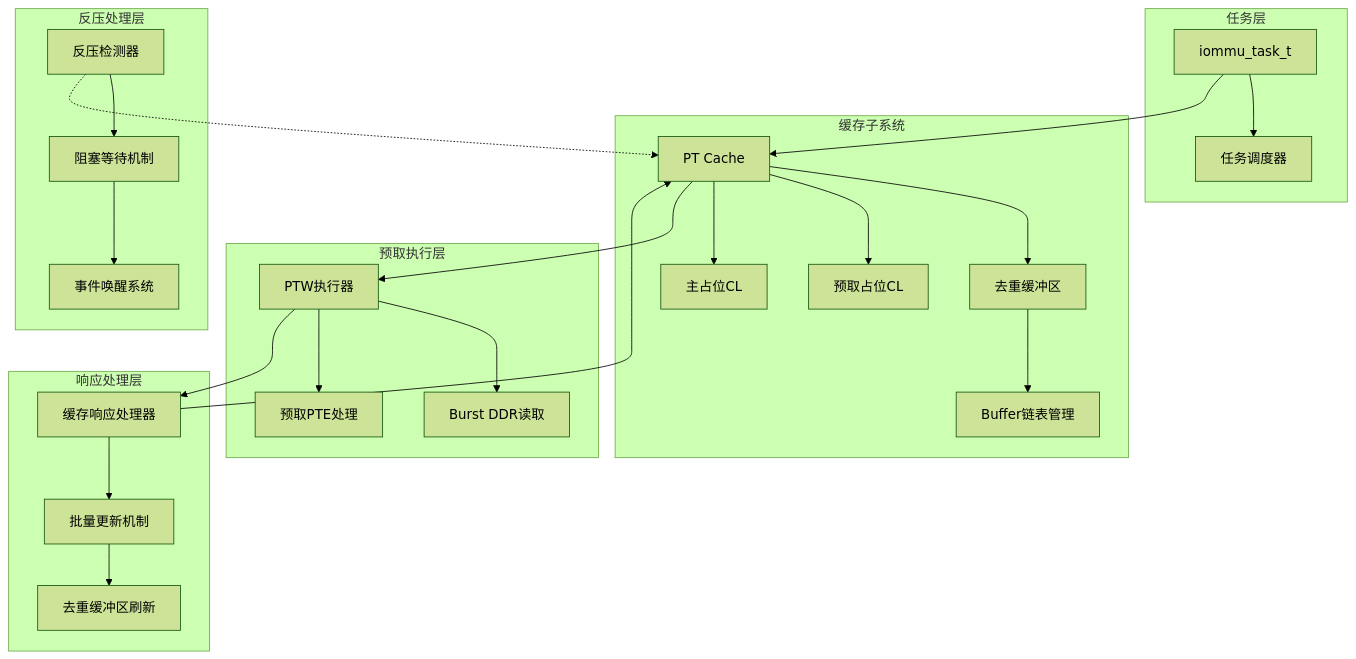
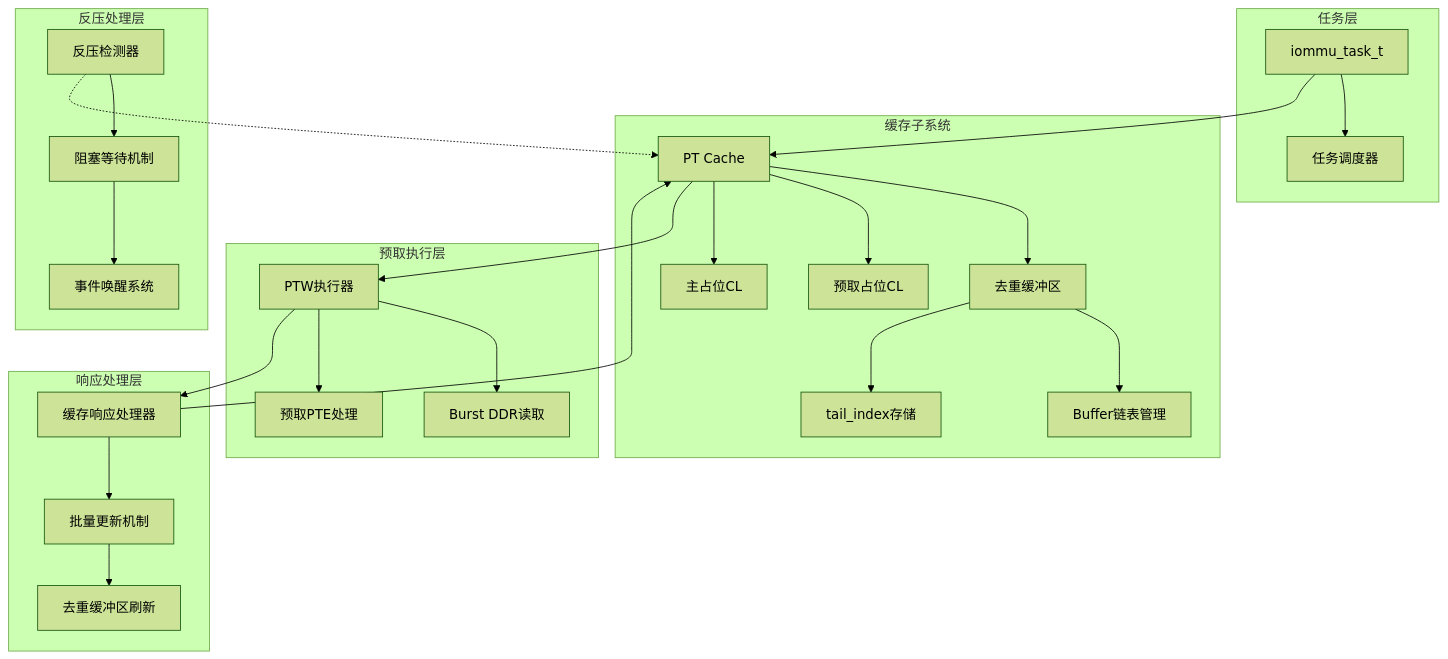
The second of 5 diagrams in .qoder/repowiki/zh/content/测试框架/PT Cache预取测试报告.md (jiangjiang1122/iommu_model_20260401_v1), drawn with Mermaid (forest theme) before and after one commit. The commit also changed other lines of this file and 6 other files, not shown here.

````diff
--- a/.qoder/repowiki/zh/content/测试框架/PT Cache预取测试报告.md
+++ b/.qoder/repowiki/zh/content/测试框架/PT Cache预取测试报告.md
@@ -139,29 +158,30 @@
 ```mermaid
 graph TB
 subgraph "任务层"
 A[iommu_task_t] --> B[任务调度器]
 end
 subgraph "缓存子系统"
 C[PT Cache] --> D[去重缓冲区]
 C --> E[预取占位CL]
 C --> F[主占位CL]
 D --> G[Buffer链表管理]
+D --> H[tail_index存储]
 end
 subgraph "预取执行层"
-H[PTW执行器] --> I[Burst DDR读取]
-H --> J[预取PTE处理]
+I[PTW执行器] --> J[Burst DDR读取]
+I --> K[预取PTE处理]
 end
 subgraph "反压处理层"
-K[反压检测器] --> L[阻塞等待机制]
-L --> M[事件唤醒系统]
+L[反压检测器] --> M[阻塞等待机制]
+M --> N[事件唤醒系统]
 end
 subgraph "响应处理层"
-N[缓存响应处理器] --> O[批量更新机制]
-O --> P[去重缓冲区刷新]
+O[缓存响应处理器] --> P[批量更新机制]
+P --> Q[去重缓冲区刷新]
 end
 A --> C
-C --> H
-H --> N
-N --> C
-K -.-> C
+C --> I
+I --> O
+O --> C
+L -.-> C
 ```
````
